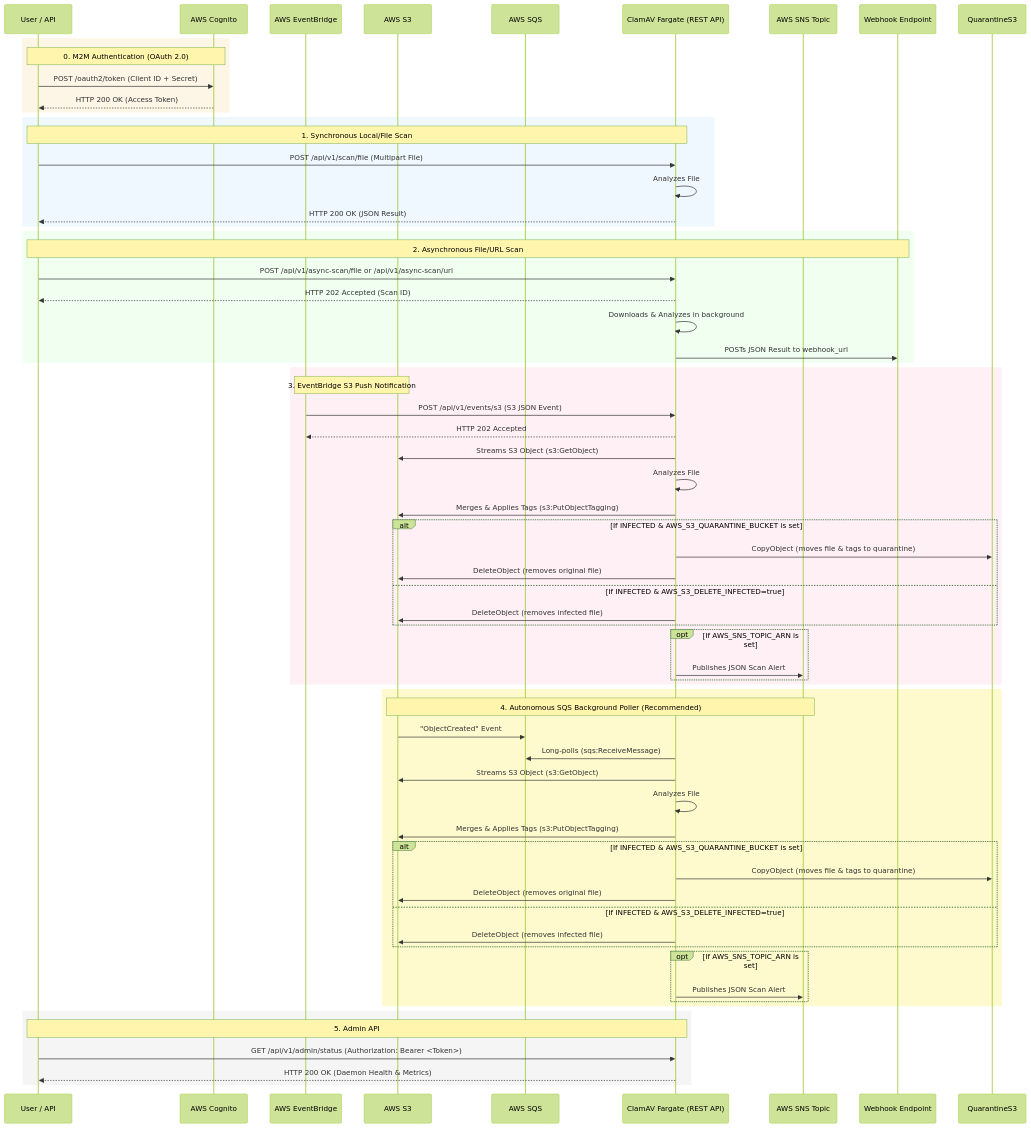
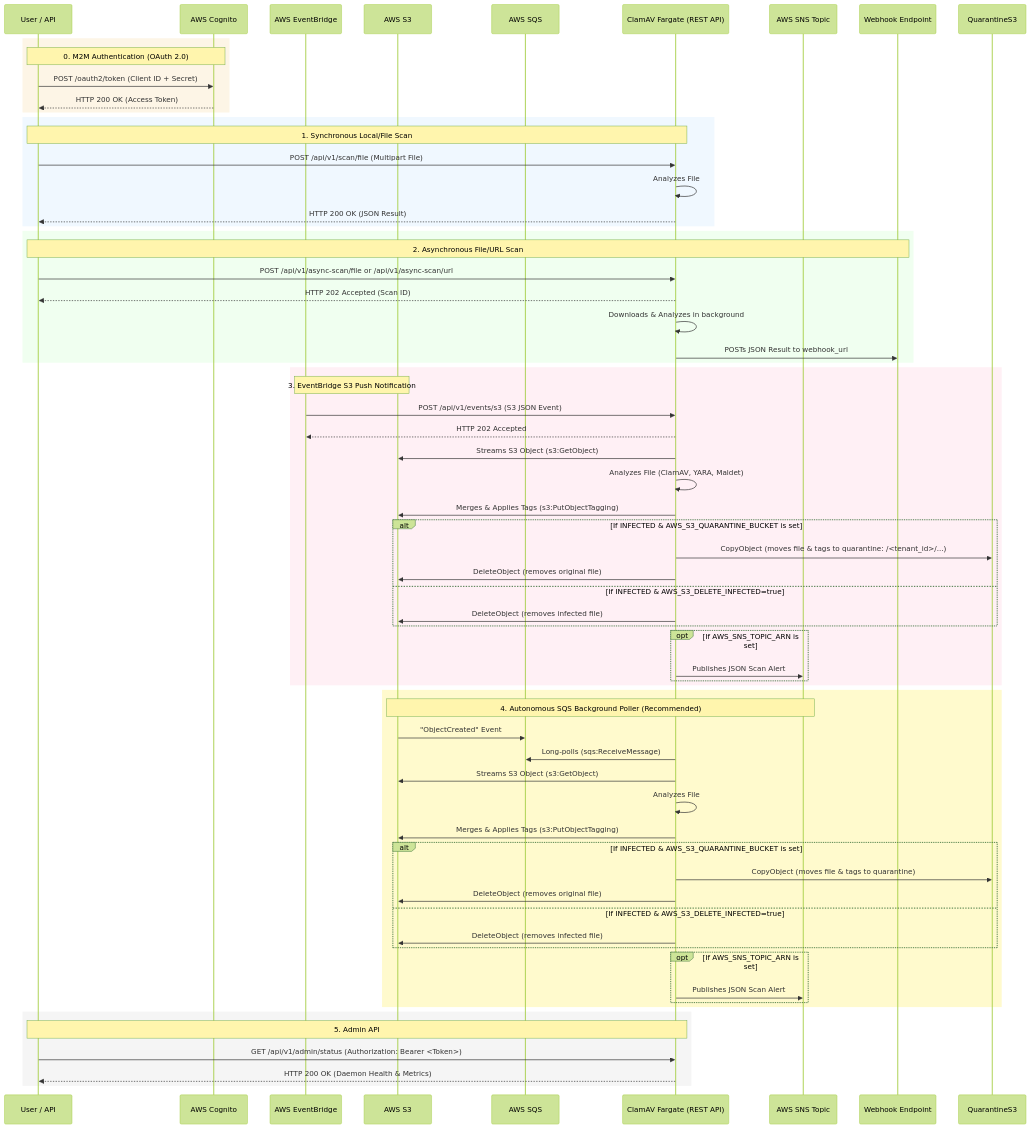
One commit to amithalder21/clamav-restapi changed the diagram in README.md. Above: the diagram before and after it, drawn with Mermaid (forest theme). The commit also changed other lines of this file, not shown here.

````diff
--- a/README.md
+++ b/README.md
@@ -49,80 +51,80 @@
 ```mermaid
 sequenceDiagram
     participant Client as User / API
     participant Cognito as AWS Cognito
     participant EventBridge as AWS EventBridge
     participant S3 as AWS S3
     participant SQS as AWS SQS
     participant ClamAV as ClamAV Fargate (REST API)
     participant SNS as AWS SNS Topic
     participant Webhook as Webhook Endpoint
 
     %% 0. M2M Authentication (Client Credentials Grant)
     rect rgb(253, 245, 230)
         Note over Client, Cognito: 0. M2M Authentication (OAuth 2.0)
         Client->>Cognito: POST /oauth2/token (Client ID + Secret)
         Cognito-->>Client: HTTP 200 OK (Access Token)
     end
 
     %% 1. Synchronous Scan
     rect rgb(240, 248, 255)
         Note over Client, ClamAV: 1. Synchronous Local/File Scan
         Client->>ClamAV: POST /api/v1/scan/file (Multipart File)
         ClamAV->>ClamAV: Analyzes File
         ClamAV-->>Client: HTTP 200 OK (JSON Result)
     end
 
     %% 2. Asynchronous Scan
     rect rgb(240, 255, 240)
         Note over Client, Webhook: 2. Asynchronous File/URL Scan
         Client->>ClamAV: POST /api/v1/async-scan/file or /api/v1/async-scan/url
         ClamAV-->>Client: HTTP 202 Accepted (Scan ID)
         ClamAV->>ClamAV: Downloads & Analyzes in background
         ClamAV->>Webhook: POSTs JSON Result to webhook_url
     end
 
     %% 3. Event-Driven S3 Push (EventBridge)
     rect rgb(255, 240, 245)
         Note over EventBridge, S3: 3. EventBridge S3 Push Notification
         EventBridge->>ClamAV: POST /api/v1/events/s3 (S3 JSON Event)
         ClamAV-->>EventBridge: HTTP 202 Accepted
         ClamAV->>S3: Streams S3 Object (s3:GetObject)
-        ClamAV->>ClamAV: Analyzes File
+        ClamAV->>ClamAV: Analyzes File (ClamAV, YARA, Maldet)
         ClamAV->>S3: Merges & Applies Tags (s3:PutObjectTagging)
         alt If INFECTED & AWS_S3_QUARANTINE_BUCKET is set
-            ClamAV->>QuarantineS3: CopyObject (moves file & tags to quarantine)
+            ClamAV->>QuarantineS3: CopyObject (moves file & tags to quarantine: /<tenant_id>/...)
             ClamAV->>S3: DeleteObject (removes original file)
         else If INFECTED & AWS_S3_DELETE_INFECTED=true
             ClamAV->>S3: DeleteObject (removes infected file)
         end
         opt If AWS_SNS_TOPIC_ARN is set
             ClamAV->>SNS: Publishes JSON Scan Alert
         end
     end
 
     %% 4. Event-Driven SQS Pull (Autonomous)
     rect rgb(255, 250, 205)
         Note over S3, SNS: 4. Autonomous SQS Background Poller (Recommended)
         S3->>SQS: "ObjectCreated" Event
         ClamAV->>SQS: Long-polls (sqs:ReceiveMessage)
         ClamAV->>S3: Streams S3 Object (s3:GetObject)
         ClamAV->>ClamAV: Analyzes File
         ClamAV->>S3: Merges & Applies Tags (s3:PutObjectTagging)
         alt If INFECTED & AWS_S3_QUARANTINE_BUCKET is set
             ClamAV->>QuarantineS3: CopyObject (moves file & tags to quarantine)
             ClamAV->>S3: DeleteObject (removes original file)
         else If INFECTED & AWS_S3_DELETE_INFECTED=true
             ClamAV->>S3: DeleteObject (removes infected file)
         end
         opt If AWS_SNS_TOPIC_ARN is set
             ClamAV->>SNS: Publishes JSON Scan Alert
         end
     end
 
     %% 5. Admin API
     rect rgb(245, 245, 245)
         Note over Client, ClamAV: 5. Admin API
         Client->>ClamAV: GET /api/v1/admin/status (Authorization: Bearer <Token>)
         ClamAV-->>Client: HTTP 200 OK (Daemon Health & Metrics)
     end
 ```
````
